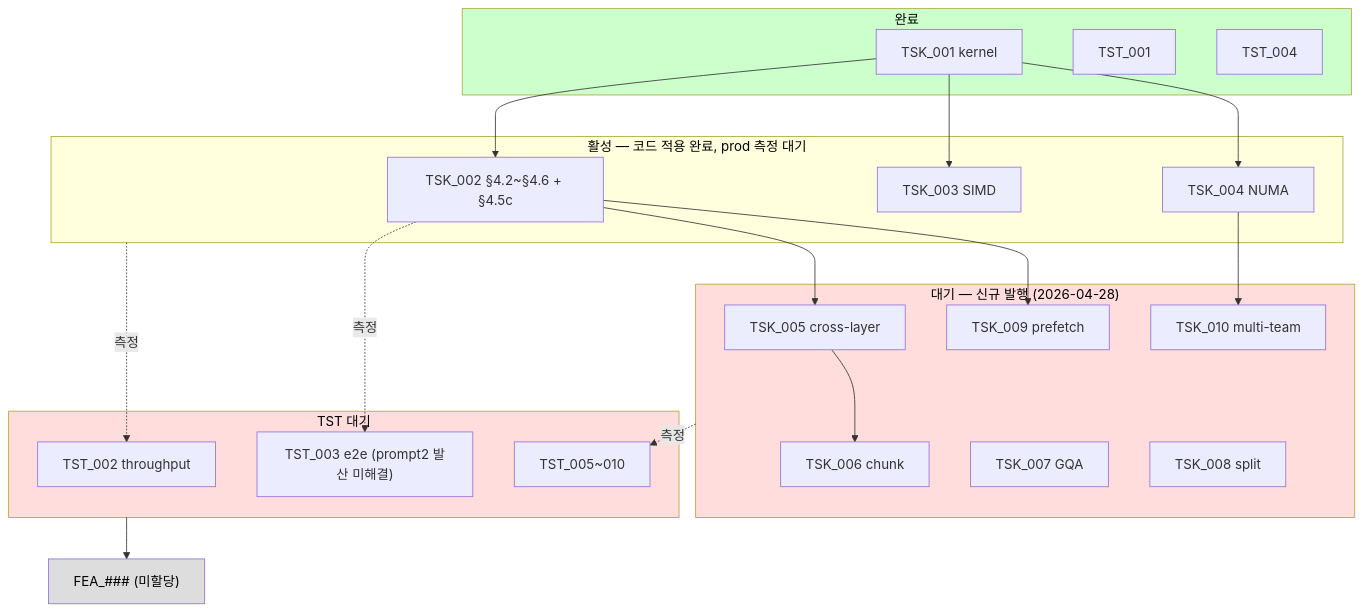
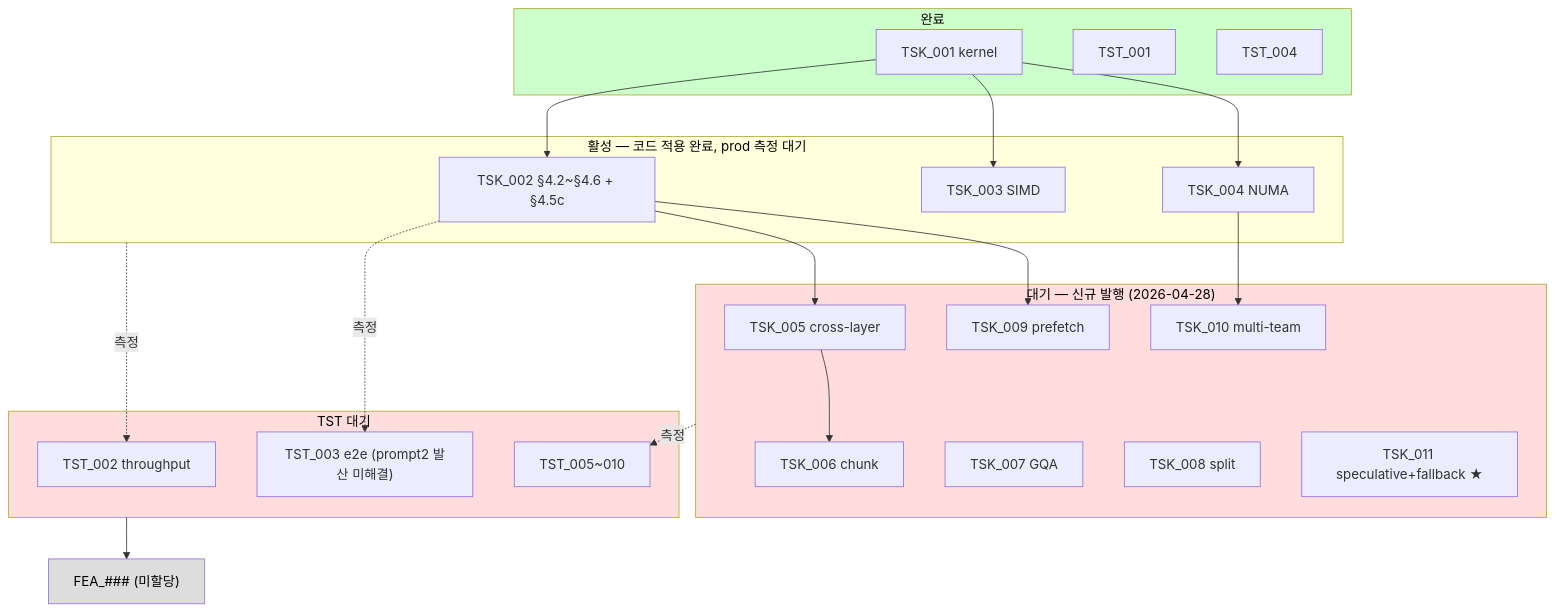
One commit to mystous/vllm_hybrid changed the second of 2 diagrams in shadow_assists/features/IDE_006/README.md. Above: the diagram before and after it, drawn with Mermaid. The commit also changed other lines of this file and 24 other files, not shown here.

First line of the commit message:
docs(IDE_006): 3차 재정의 — Speculative cold + GPU fallback + TSK_011 / TST_011 발행

````diff
--- a/shadow_assists/features/IDE_006/README.md
+++ b/shadow_assists/features/IDE_006/README.md
@@ -280,45 +302,46 @@
 ```mermaid
 flowchart TB
     subgraph DONE["완료"]
         T1["TSK_001 kernel"]
         TT1["TST_001"]
         TT4["TST_004"]
     end
     subgraph ACTIVE["활성 — 코드 적용 완료, prod 측정 대기"]
         T2["TSK_002 §4.2~§4.6 + §4.5c"]
         T3["TSK_003 SIMD"]
         T4["TSK_004 NUMA"]
     end
     subgraph WAIT_TSK["대기 — 신규 발행 (2026-04-28)"]
         T5["TSK_005 cross-layer"]
         T6["TSK_006 chunk"]
         T7["TSK_007 GQA"]
         T8["TSK_008 split"]
         T9["TSK_009 prefetch"]
         T10["TSK_010 multi-team"]
+        T11["TSK_011 speculative+fallback ★"]
     end
     subgraph WAIT_TST["TST 대기"]
         TT2["TST_002 throughput"]
         TT3["TST_003 e2e (prompt2 발산 미해결)"]
         TT5_10["TST_005~010"]
     end
     FEA["FEA_### (미할당)"]
 
     T1 --> T2
     T1 --> T3
     T1 --> T4
     T2 --> T5
     T2 --> T9
     T4 --> T10
     T5 --> T6
     ACTIVE -.측정.-> TT2
     T2 -.측정.-> TT3
     WAIT_TSK -.측정.-> TT5_10
     WAIT_TST --> FEA
 
     style DONE fill:#cfc,color:#000
     style ACTIVE fill:#ffd,color:#000
     style WAIT_TSK fill:#fdd,color:#000
     style WAIT_TST fill:#fdd,color:#000
     style FEA fill:#ddd,color:#000
 ```
````
